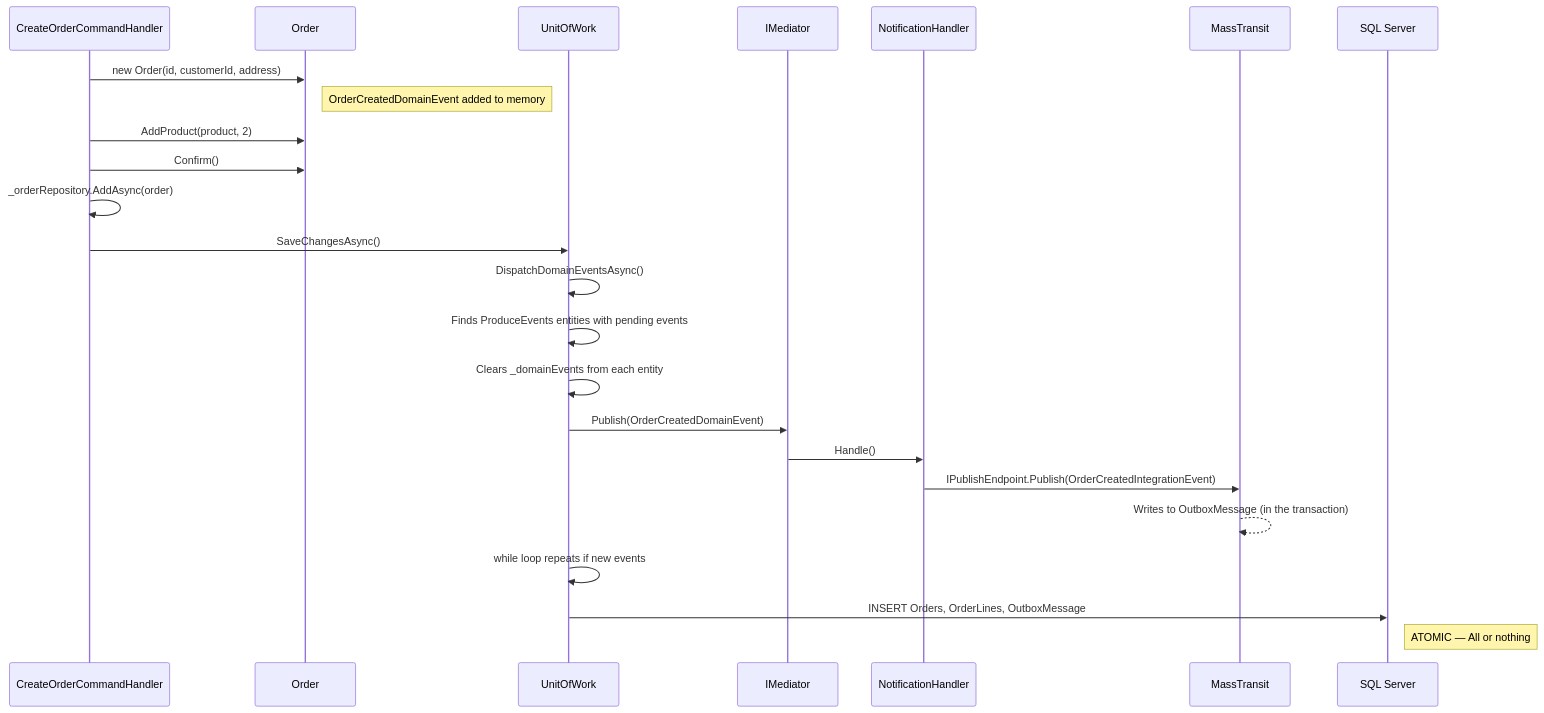
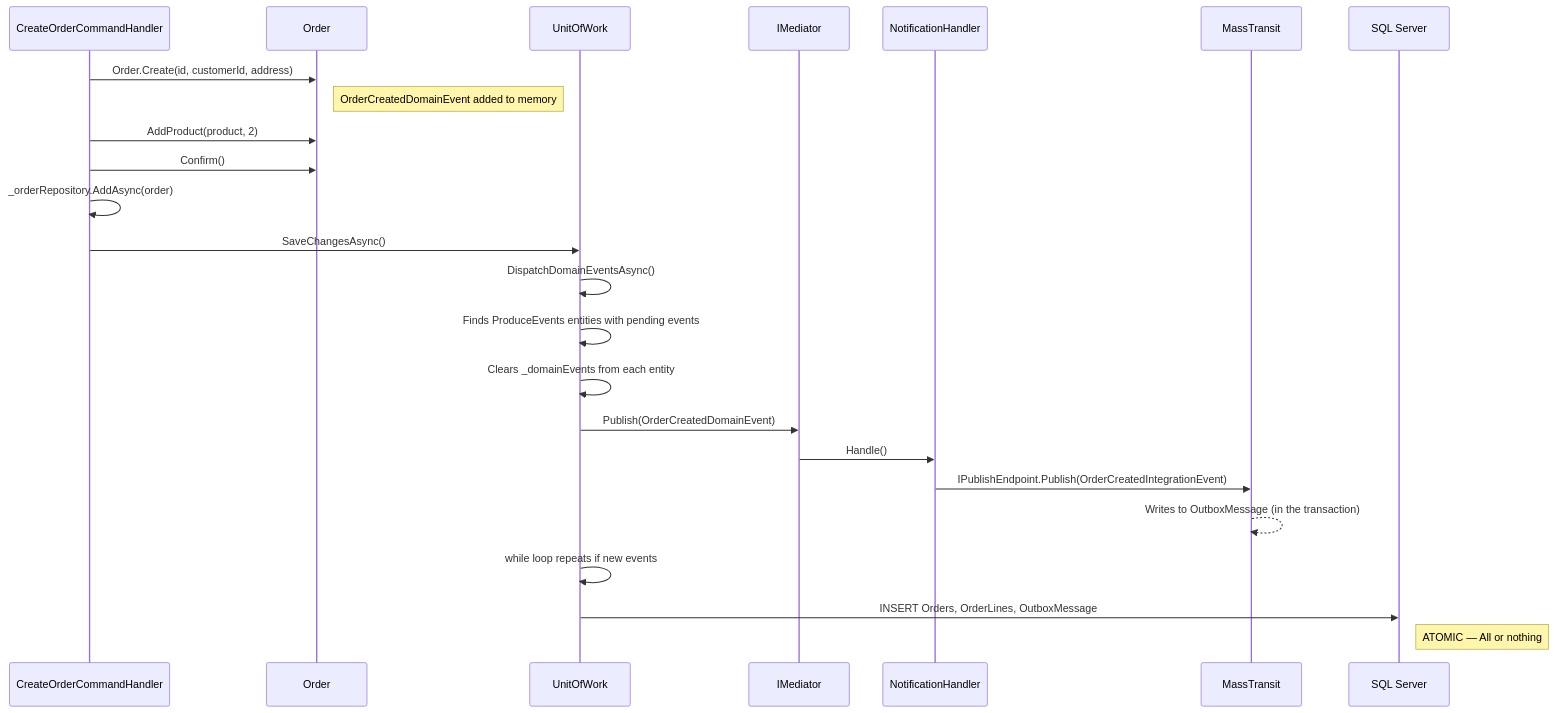
One commit to AcoranGonzalezMoray/SoftwareLearningGuide changed the fifth of 6 diagrams in docs/SoftwareLearningGuide.Core.Business/README.EventSourcing.en.md. Above: the diagram before and after it, drawn with Mermaid. The commit also changed other lines of this file and 22 other files, not shown here.

````diff
--- a/docs/SoftwareLearningGuide.Core.Business/README.EventSourcing.en.md
+++ b/docs/SoftwareLearningGuide.Core.Business/README.EventSourcing.en.md
@@ -340,28 +340,28 @@
 ```mermaid
 sequenceDiagram
     participant CH as CreateOrderCommandHandler
     participant Order as Order
     participant UoW as UnitOfWork
     participant Med as IMediator
     participant NH as NotificationHandler
     participant MT as MassTransit
     participant SQL as SQL Server
 
-    CH->>Order: new Order(id, customerId, address)
+    CH->>Order: Order.Create(id, customerId, address)
     Note right of Order: OrderCreatedDomainEvent added to memory
     CH->>Order: AddProduct(product, 2)
     CH->>Order: Confirm()
     CH->>CH: _orderRepository.AddAsync(order)
 
     CH->>UoW: SaveChangesAsync()
     UoW->>UoW: DispatchDomainEventsAsync()
     UoW->>UoW: Finds ProduceEvents entities with pending events
     UoW->>UoW: Clears _domainEvents from each entity
     UoW->>Med: Publish(OrderCreatedDomainEvent)
     Med->>NH: Handle()
     NH->>MT: IPublishEndpoint.Publish(OrderCreatedIntegrationEvent)
     MT-->>MT: Writes to OutboxMessage (in the transaction)
     UoW->>UoW: while loop repeats if new events
     UoW->>SQL: INSERT Orders, OrderLines, OutboxMessage
     Note right of SQL: ATOMIC — All or nothing
 ```
````
